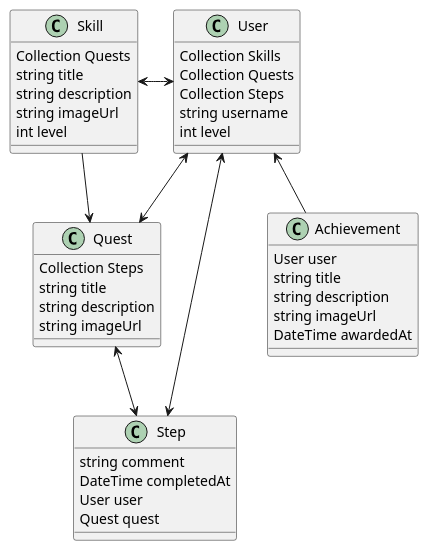
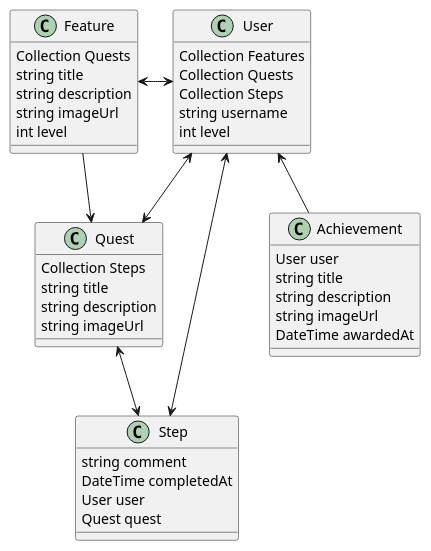
Before and after one commit to Nooblisk/levelup: the diagram in doc/models.puml, drawn with PlantUML.

Commit message:
updated diagram

```diff
--- a/doc/models.puml
+++ b/doc/models.puml
@@ -1,49 +1,49 @@
 @startuml
 
 class User {
-    Collection Skills
+    Collection Features
     Collection Quests
     Collection Steps
     string username
     int level
 }
 
-class Skill {
+class Feature {
     Collection Quests
     string title
     string description
     string imageUrl
     int level
 }
 
 class Quest {
     Collection Steps
     string title
     string description
     string imageUrl
 }
 
 class Step {
     string comment
     DateTime completedAt
     User user
     Quest quest
 }
 
 class Achievement {
     User user
     string title
     string description
     string imageUrl
     DateTime awardedAt
 }
 
-User <-left-> Skill
+User <-left-> Feature
 User <--> Quest
 User <-> Step
 User <-down- Achievement
 
-Skill --> Quest
+Feature --> Quest
 Quest <--> Step
 
 @enduml
```
